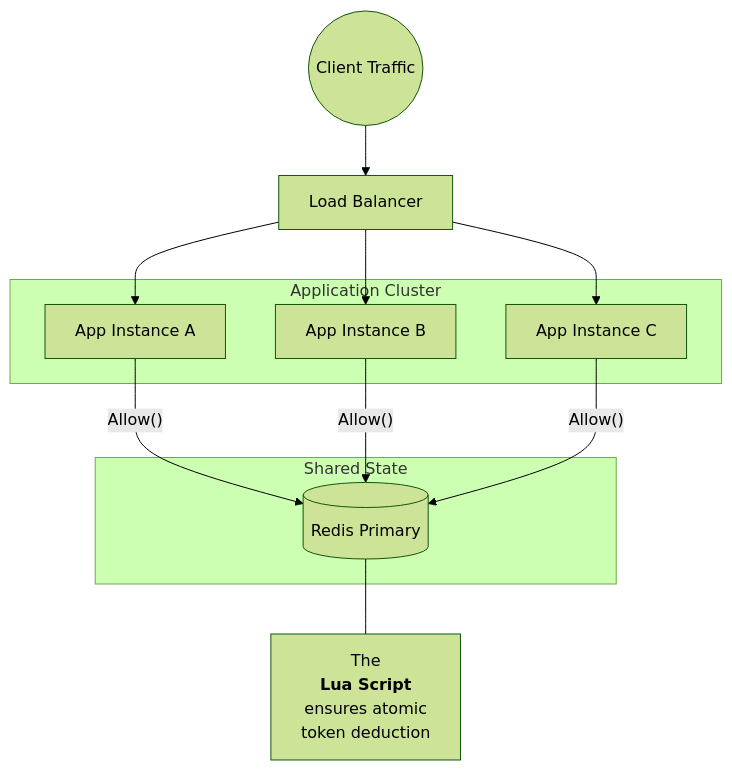
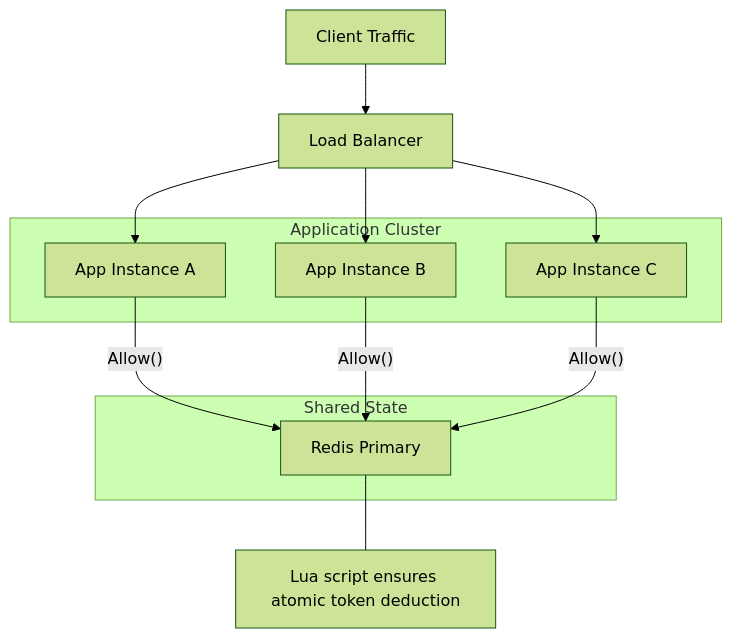
One commit to manenim/gateway-rate-limiter changed the fifth of 6 diagrams in README.md. Above: the diagram before and after it, drawn with Mermaid (forest theme). The commit also changed other lines of this file and 3 other files, not shown here.

````diff
--- a/README.md
+++ b/README.md
@@ -265,25 +267,25 @@
 ```mermaid
 graph TD
-    Client((Client Traffic)) --> LB[Load Balancer]
+    Client["Client Traffic"] --> LB["Load Balancer"]
 
     subgraph "Application Cluster"
-        NodeA[App Instance A]
-        NodeB[App Instance B]
-        NodeC[App Instance C]
+        NodeA["App Instance A"]
+        NodeB["App Instance B"]
+        NodeC["App Instance C"]
     end
 
     LB --> NodeA
     LB --> NodeB
     LB --> NodeC
 
     subgraph "Shared State"
-        Redis[(Redis Primary)]
+        Redis["Redis Primary"]
     end
 
     NodeA -- "Allow()" --> Redis
     NodeB -- "Allow()" --> Redis
     NodeC -- "Allow()" --> Redis
 
-    note[The <br/><b>Lua Script</b><br/> ensures atomic <br/>token deduction]
+    note["Lua script ensures atomic token deduction"]
     Redis --- note
 ```
````
